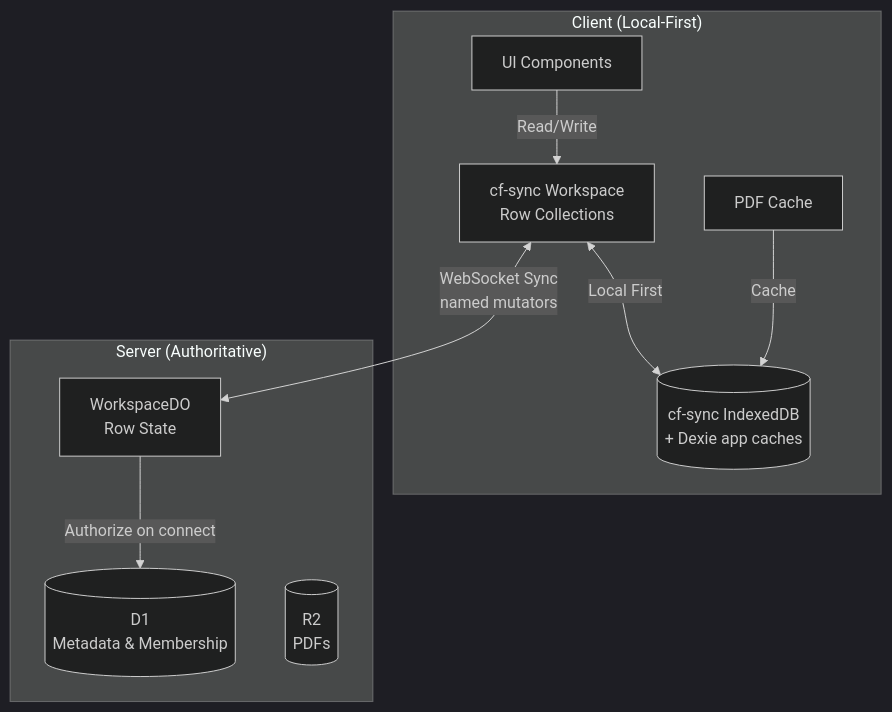
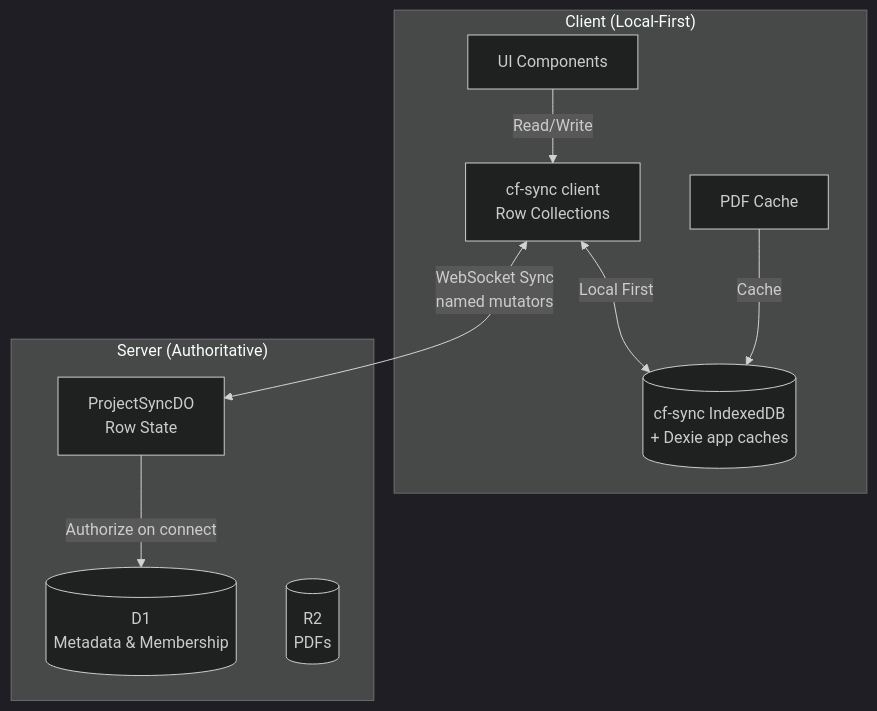
One commit to InfinityBowman/corates changed the diagram in packages/docs/architecture/diagrams/08-yjs-sync.md. Above: the diagram before and after it, drawn with Mermaid (dark theme). The commit also changed 138 other files, not shown here.

First line of the commit message:
Rename the sync Durable Object so "workspace" can mean the tenant (#868)

````diff
--- a/packages/docs/architecture/diagrams/08-yjs-sync.md
+++ b/packages/docs/architecture/diagrams/08-yjs-sync.md
@@ -1,21 +1,21 @@
 ```mermaid
 flowchart TB
     subgraph Client["Client (Local-First)"]
         UI[UI Components]
-        Workspace[cf-sync Workspace<br/>Row Collections]
+        SyncClient[cf-sync client<br/>Row Collections]
         IDB[(cf-sync IndexedDB<br/>+ Dexie app caches)]
         Cache[PDF Cache]
     end
 
     subgraph Server["Server (Authoritative)"]
-        DO[WorkspaceDO<br/>Row State]
+        DO[ProjectSyncDO<br/>Row State]
         D1[(D1<br/>Metadata & Membership)]
         R2[(R2<br/>PDFs)]
     end
 
-    Workspace <-->|"Local First"| IDB
-    Workspace <-->|"WebSocket Sync<br/>named mutators"| DO
-    UI -->|"Read/Write"| Workspace
+    SyncClient <-->|"Local First"| IDB
+    SyncClient <-->|"WebSocket Sync<br/>named mutators"| DO
+    UI -->|"Read/Write"| SyncClient
     Cache -->|"Cache"| IDB
     DO -->|"Authorize on connect"| D1
 ```
````
